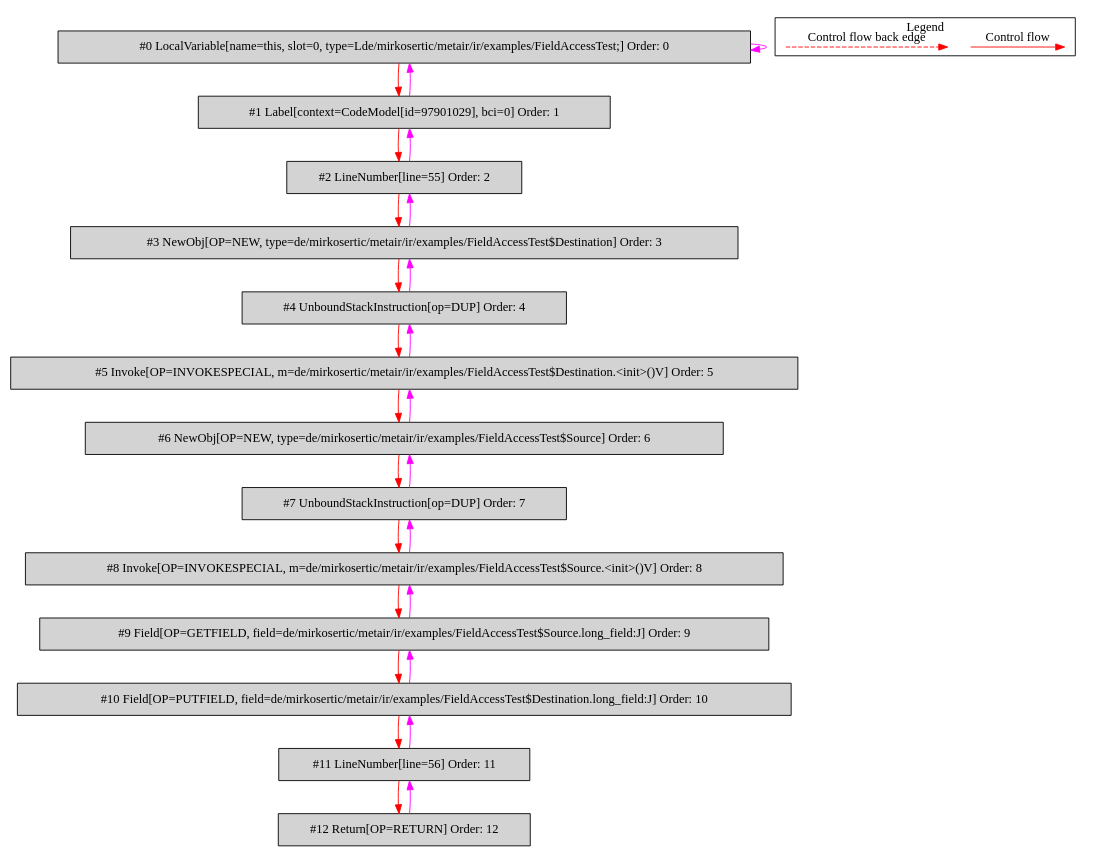
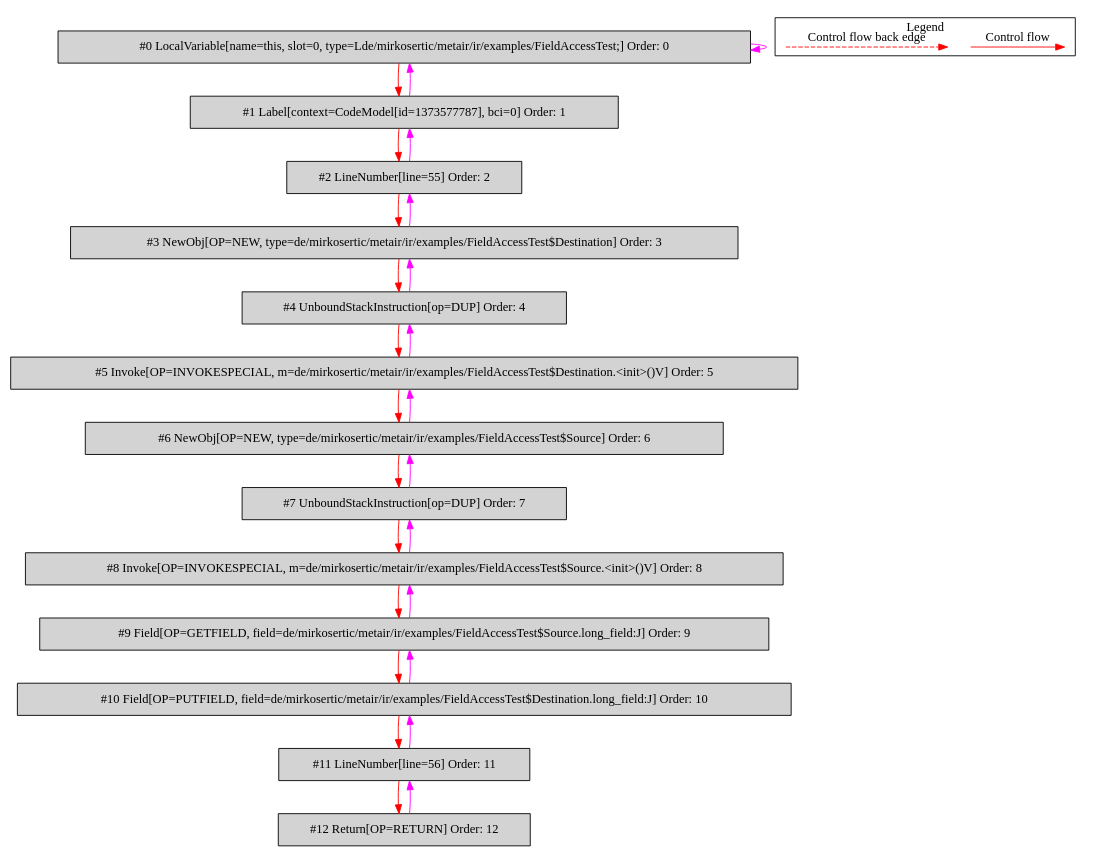
The diagram in de.mirkosertic.metair.ir.examples.FieldAccessTest/copy_long/bytecodecfg.dot (mirkosertic/MetaIR), drawn with Graphviz before and after one commit. The commit also changed 612 other files, not shown here.

```diff
--- a/de.mirkosertic.metair.ir.examples.FieldAccessTest/copy_long/bytecodecfg.dot
+++ b/de.mirkosertic.metair.ir.examples.FieldAccessTest/copy_long/bytecodecfg.dot
@@ -1,55 +1,55 @@
 digraph {
  ordering="in";
  node0[label="#0 LocalVariable[name=this, slot=0, type=Lde/mirkosertic/metair/ir/examples/FieldAccessTest;] Order: 0", shape=box, fillcolor=lightgrey, style=filled];
- node1[label="#1 Label[context=CodeModel[id=97901029], bci=0] Order: 1", shape=box, fillcolor=lightgrey, style=filled];
+ node1[label="#1 Label[context=CodeModel[id=1373577787], bci=0] Order: 1", shape=box, fillcolor=lightgrey, style=filled];
  node2[label="#2 LineNumber[line=55] Order: 2", shape=box, fillcolor=lightgrey, style=filled];
  node3[label="#3 NewObj[OP=NEW, type=de/mirkosertic/metair/ir/examples/FieldAccessTest$Destination] Order: 3", shape=box, fillcolor=lightgrey, style=filled];
  node4[label="#4 UnboundStackInstruction[op=DUP] Order: 4", shape=box, fillcolor=lightgrey, style=filled];
  node5[label="#5 Invoke[OP=INVOKESPECIAL, m=de/mirkosertic/metair/ir/examples/FieldAccessTest$Destination.<init>()V] Order: 5", shape=box, fillcolor=lightgrey, style=filled];
  node6[label="#6 NewObj[OP=NEW, type=de/mirkosertic/metair/ir/examples/FieldAccessTest$Source] Order: 6", shape=box, fillcolor=lightgrey, style=filled];
  node7[label="#7 UnboundStackInstruction[op=DUP] Order: 7", shape=box, fillcolor=lightgrey, style=filled];
  node8[label="#8 Invoke[OP=INVOKESPECIAL, m=de/mirkosertic/metair/ir/examples/FieldAccessTest$Source.<init>()V] Order: 8", shape=box, fillcolor=lightgrey, style=filled];
  node9[label="#9 Field[OP=GETFIELD, field=de/mirkosertic/metair/ir/examples/FieldAccessTest$Source.long_field:J] Order: 9", shape=box, fillcolor=lightgrey, style=filled];
  node10[label="#10 Field[OP=PUTFIELD, field=de/mirkosertic/metair/ir/examples/FieldAccessTest$Destination.long_field:J] Order: 10", shape=box, fillcolor=lightgrey, style=filled];
  node11[label="#11 LineNumber[line=56] Order: 11", shape=box, fillcolor=lightgrey, style=filled];
  node12[label="#12 Return[OP=RETURN] Order: 12", shape=box, fillcolor=lightgrey, style=filled];
  node0 -> node0[color=fuchsia];
  node0 -> node1[color=red];
  node1 -> node0[color=fuchsia];
  node1 -> node2[color=red];
  node2 -> node1[color=fuchsia];
  node2 -> node3[color=red];
  node3 -> node2[color=fuchsia];
  node3 -> node4[color=red];
  node4 -> node3[color=fuchsia];
  node4 -> node5[color=red];
  node5 -> node4[color=fuchsia];
  node5 -> node6[color=red];
  node6 -> node5[color=fuchsia];
  node6 -> node7[color=red];
  node7 -> node6[color=fuchsia];
  node7 -> node8[color=red];
  node8 -> node7[color=fuchsia];
  node8 -> node9[color=red];
  node9 -> node8[color=fuchsia];
  node9 -> node10[color=red];
  node10 -> node9[color=fuchsia];
  node10 -> node11[color=red];
  node11 -> node10[color=fuchsia];
  node11 -> node12[color=red];
  node12 -> node11[color=fuchsia];
  subgraph cluster_000 {
   label = "Legend";
   node [shape=point]
   {
    rank=same;
    c0 [style = invis];
    c1 [style = invis];
    c2 [style = invis];
    c3 [style = invis];
   }
   c0 -> c1 [label="Control flow", style=solid, color=red]
   c2 -> c3 [label="Control flow back edge", style=dashed, color=red]
  }
 
 }
```
